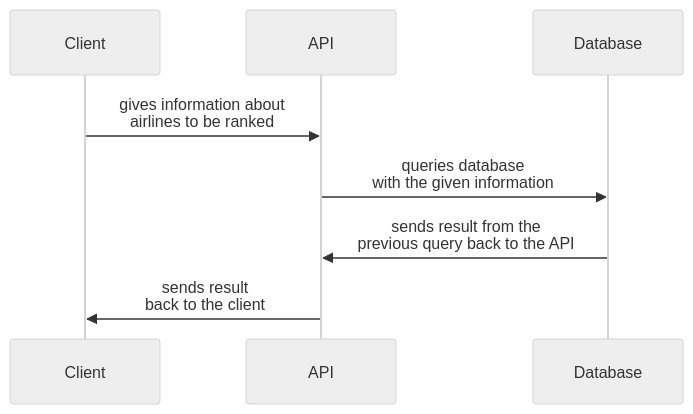
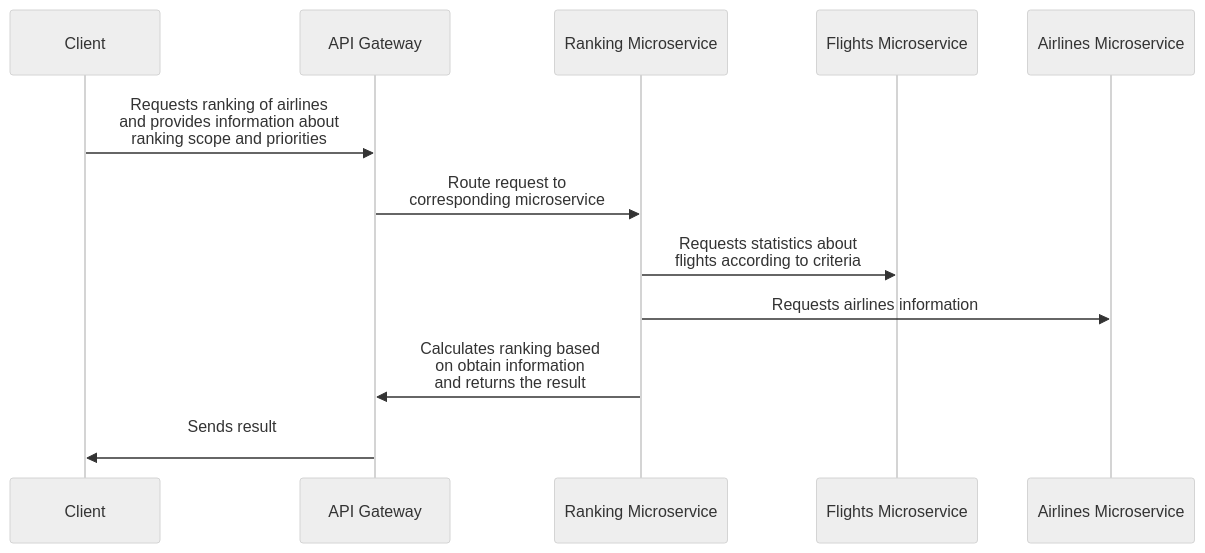
The fourth of 7 diagrams in proj-information.md (selous1/FlightsData), drawn with Mermaid (neutral theme) before and after one commit. The commit also changed other lines of this file, not shown here.

Commit message:
Update use cases - Add microservices to use case diagrams - Update certain endpoints - Remove redundancy

````diff
--- a/proj-information.md
+++ b/proj-information.md
@@ -255,10 +88,12 @@
 ```mermaid
 
 sequenceDiagram
 
-  Client->>API: gives information about <br> airlines to be ranked
-	API->>Database: queries database <br> with the given information
-	Database->>API: sends result from the <br> previous query back to the API
-  API->>Client: sends result <br> back to the client
+  Client->>API Gateway: Requests ranking of airlines <br> and provides information about <br> ranking scope and priorities
+  API Gateway->>Ranking Microservice: Route request to <br> corresponding microservice
+	Ranking Microservice->>Flights Microservice: Requests statistics about <br> flights according to criteria
+  Ranking Microservice->>Airlines Microservice: Requests airlines information
+	Ranking Microservice->>API Gateway: Calculates ranking based <br> on obtain information <br> and returns the result
+  API Gateway->>Client: Sends result <br>
 
 ```
````
